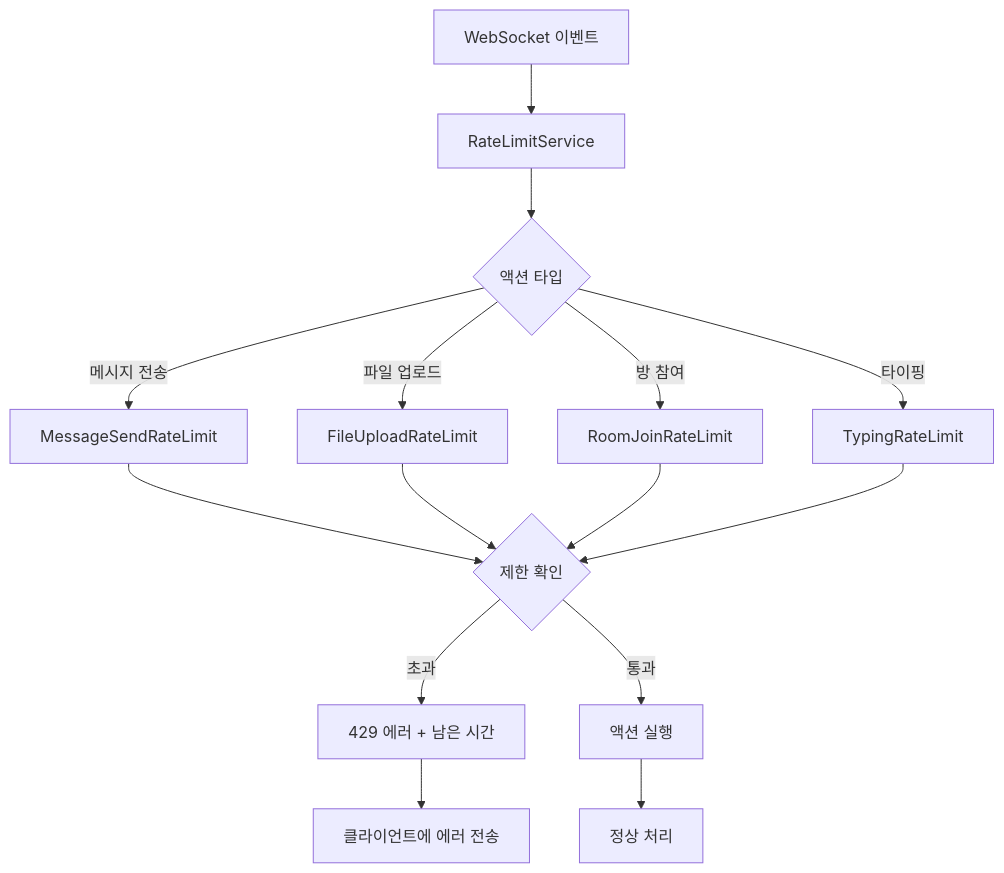
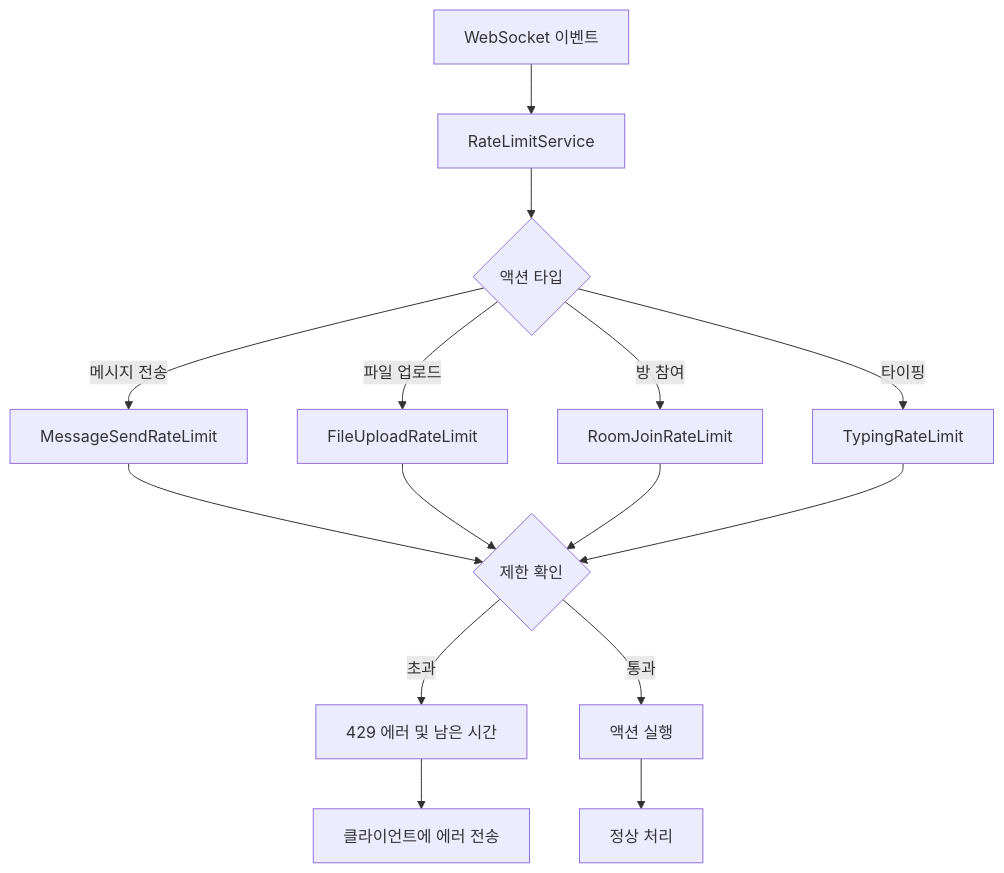
Diagram 34 of 34 in .md/flow.md (maximizest/connecto-nest), drawn with Mermaid before and after one commit. The commit also changed other lines of this file, not shown here.

Commit message:
문서 업데이트: 흐름 다이어그램에서 연결 거부 및 에러 메시지 표현을 개선하고, 서버 에러 범위를 명확히 하여 가독성을 향상시킴. Travel 벤 및 Planet 뮤트 설명을 간결하게 수정하고, 429 에러 메시지를 일관된 형식으로 변경함.

````diff
--- a/.md/flow.md
+++ b/.md/flow.md
@@ -1131,21 +1131,21 @@
 ```mermaid
 graph TD
     A[WebSocket 이벤트] --> B[RateLimitService]
     B --> C{액션 타입}
     
     C -->|메시지 전송| D[MessageSendRateLimit]
     C -->|파일 업로드| E[FileUploadRateLimit]
     C -->|방 참여| F[RoomJoinRateLimit]
     C -->|타이핑| G[TypingRateLimit]
     
     D --> H{제한 확인}
     E --> H
     F --> H
     G --> H
     
-    H -->|초과| I[429 에러 + 남은 시간]
+    H -->|초과| I[429 에러 및 남은 시간]
     H -->|통과| J[액션 실행]
     
     I --> K[클라이언트에 에러 전송]
     J --> L[정상 처리]
 ```
````
